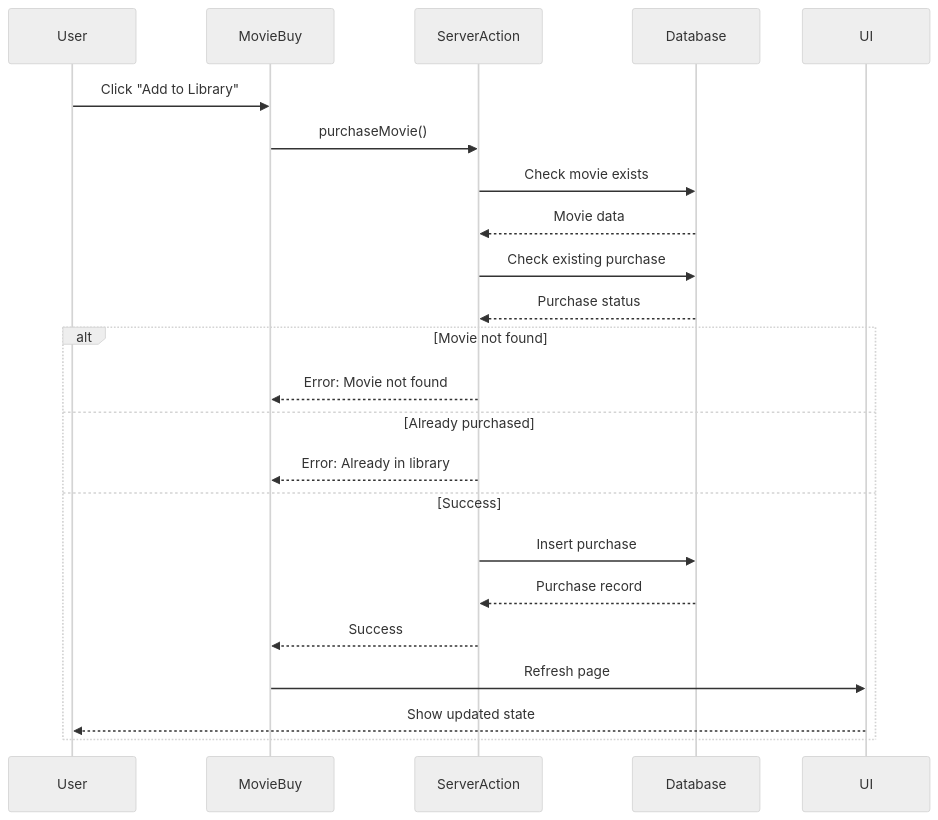
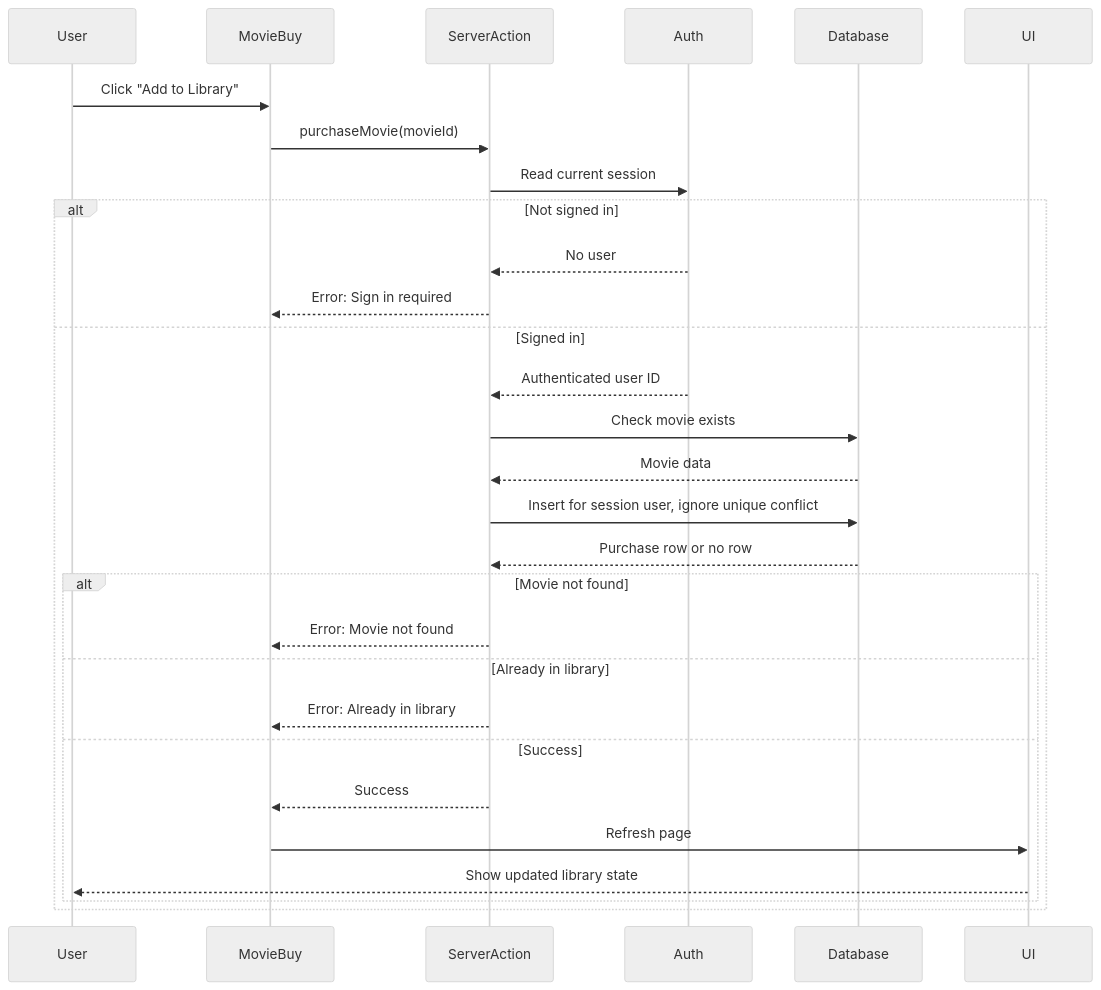
Before and after one commit to mosioc/monorepo-cinemark: the fourth of 6 diagrams in README.md, drawn with Mermaid (neutral theme). The commit also changed other lines of this file and 21 other files, not shown here.

Commit message:
feat: secure personal movie library

````diff
--- a/README.md
+++ b/README.md
@@ -576,26 +576,32 @@
 ```mermaid
 sequenceDiagram
     participant User
     participant MovieBuy
     participant ServerAction
+    participant Auth
     participant Database
     participant UI
     
     User->>MovieBuy: Click "Add to Library"
-    MovieBuy->>ServerAction: purchaseMovie()
-    ServerAction->>Database: Check movie exists
-    Database-->>ServerAction: Movie data
-    ServerAction->>Database: Check existing purchase
-    Database-->>ServerAction: Purchase status
-    alt Movie not found
-        ServerAction-->>MovieBuy: Error: Movie not found
-    else Already purchased
-        ServerAction-->>MovieBuy: Error: Already in library
-    else Success
-        ServerAction->>Database: Insert purchase
-        Database-->>ServerAction: Purchase record
-        ServerAction-->>MovieBuy: Success
-        MovieBuy->>UI: Refresh page
-        UI-->>User: Show updated state
+    MovieBuy->>ServerAction: purchaseMovie(movieId)
+    ServerAction->>Auth: Read current session
+    alt Not signed in
+        Auth-->>ServerAction: No user
+        ServerAction-->>MovieBuy: Error: Sign in required
+    else Signed in
+        Auth-->>ServerAction: Authenticated user ID
+        ServerAction->>Database: Check movie exists
+        Database-->>ServerAction: Movie data
+        ServerAction->>Database: Insert for session user, ignore unique conflict
+        Database-->>ServerAction: Purchase row or no row
+        alt Movie not found
+            ServerAction-->>MovieBuy: Error: Movie not found
+        else Already in library
+            ServerAction-->>MovieBuy: Error: Already in library
+        else Success
+            ServerAction-->>MovieBuy: Success
+            MovieBuy->>UI: Refresh page
+            UI-->>User: Show updated library state
+        end
     end
 ```
````
